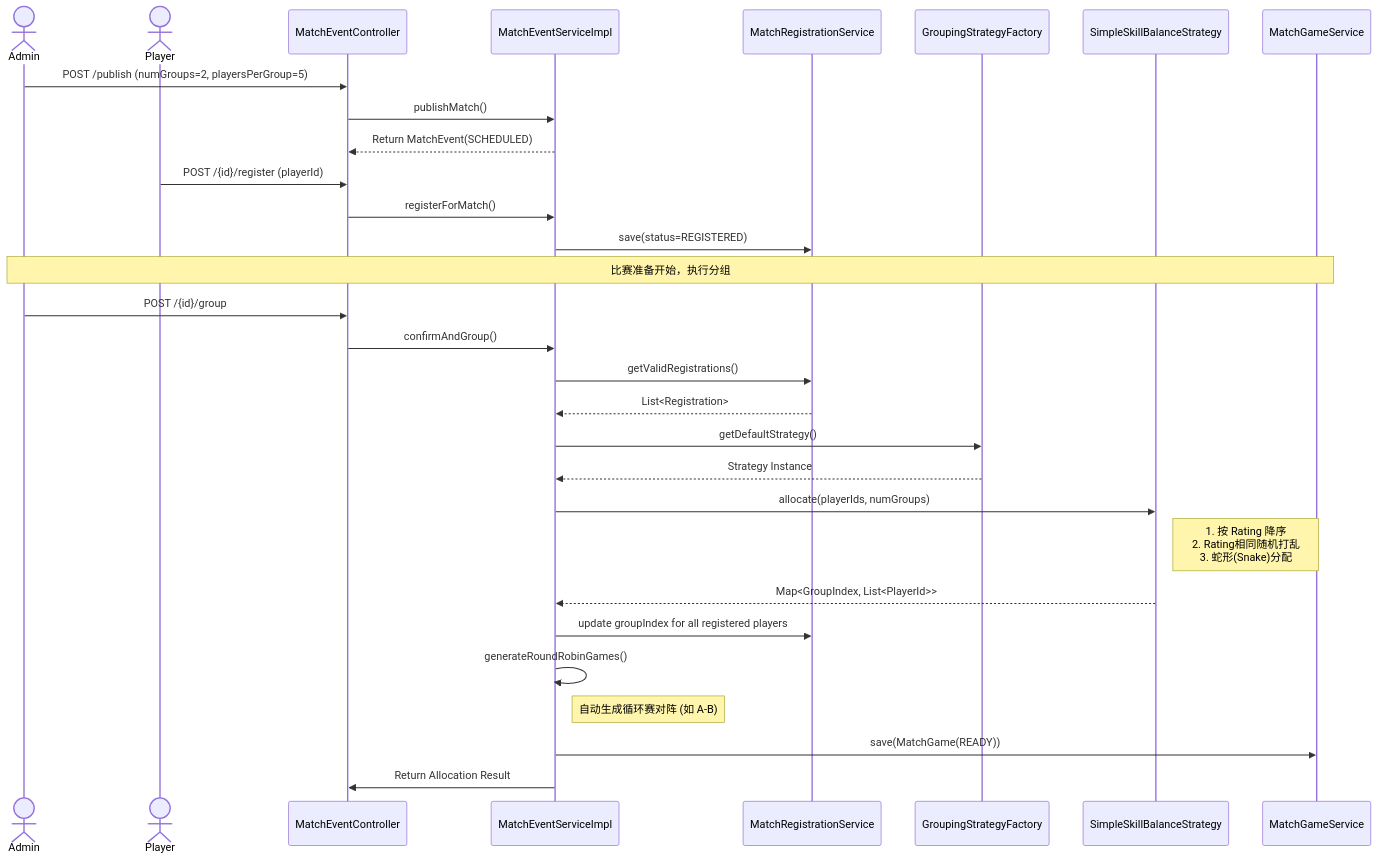
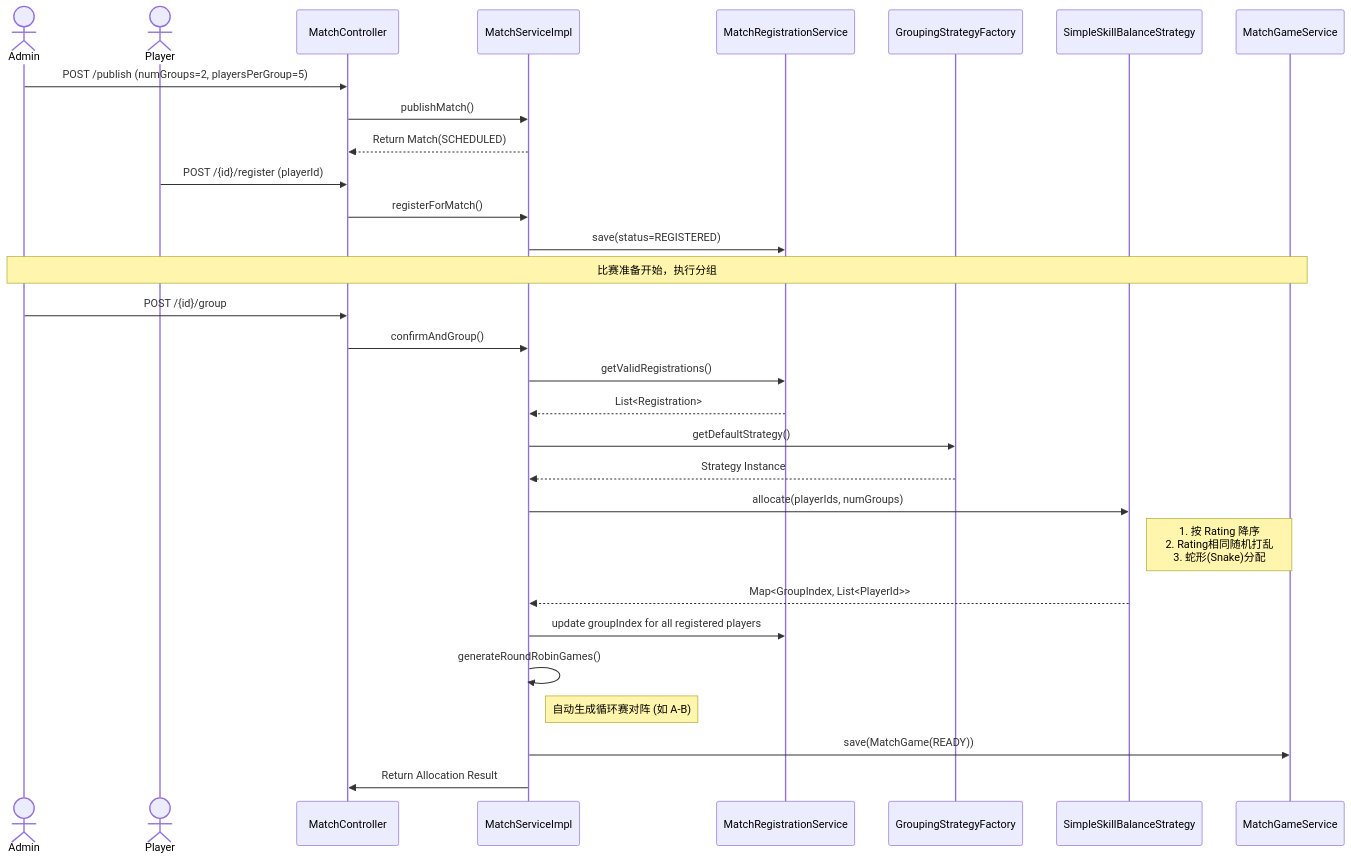
One commit to liveForExperience/pitch-master changed the second of 3 diagrams in docs/WORKFLOW.md. Above: the diagram before and after it, drawn with Mermaid. The commit also changed other lines of this file and 99 other files, not shown here.

````diff
--- a/docs/WORKFLOW.md
+++ b/docs/WORKFLOW.md
@@ -7,42 +52,42 @@
 ```mermaid
 sequenceDiagram
     actor Admin
     actor Player
-    participant Controller as MatchEventController
-    participant Service as MatchEventServiceImpl
+    participant Controller as MatchController
+    participant Service as MatchServiceImpl
     participant RegService as MatchRegistrationService
     participant StrategyFactory as GroupingStrategyFactory
     participant Strategy as SimpleSkillBalanceStrategy
     participant GameService as MatchGameService
 
     Admin->>Controller: POST /publish (numGroups=2, playersPerGroup=5)
     Controller->>Service: publishMatch()
-    Service-->>Controller: Return MatchEvent(SCHEDULED)
+    Service-->>Controller: Return Match(SCHEDULED)
 
     Player->>Controller: POST /{id}/register (playerId)
     Controller->>Service: registerForMatch()
     Service->>RegService: save(status=REGISTERED)
 
     Note over Admin, GameService: 比赛准备开始，执行分组
 
     Admin->>Controller: POST /{id}/group
     Controller->>Service: confirmAndGroup()
     
     Service->>RegService: getValidRegistrations()
     RegService-->>Service: List<Registration>
     
     Service->>StrategyFactory: getDefaultStrategy()
     StrategyFactory-->>Service: Strategy Instance
     
     Service->>Strategy: allocate(playerIds, numGroups)
     Note right of Strategy: 1. 按 Rating 降序<br/>2. Rating相同随机打乱<br/>3. 蛇形(Snake)分配
     Strategy-->>Service: Map<GroupIndex, List<PlayerId>>
     
     Service->>RegService: update groupIndex for all registered players
     
     Service->>Service: generateRoundRobinGames()
     Note right of Service: 自动生成循环赛对阵 (如 A-B)
     Service->>GameService: save(MatchGame(READY))
     
     Service->>Controller: Return Allocation Result
 ```
````
